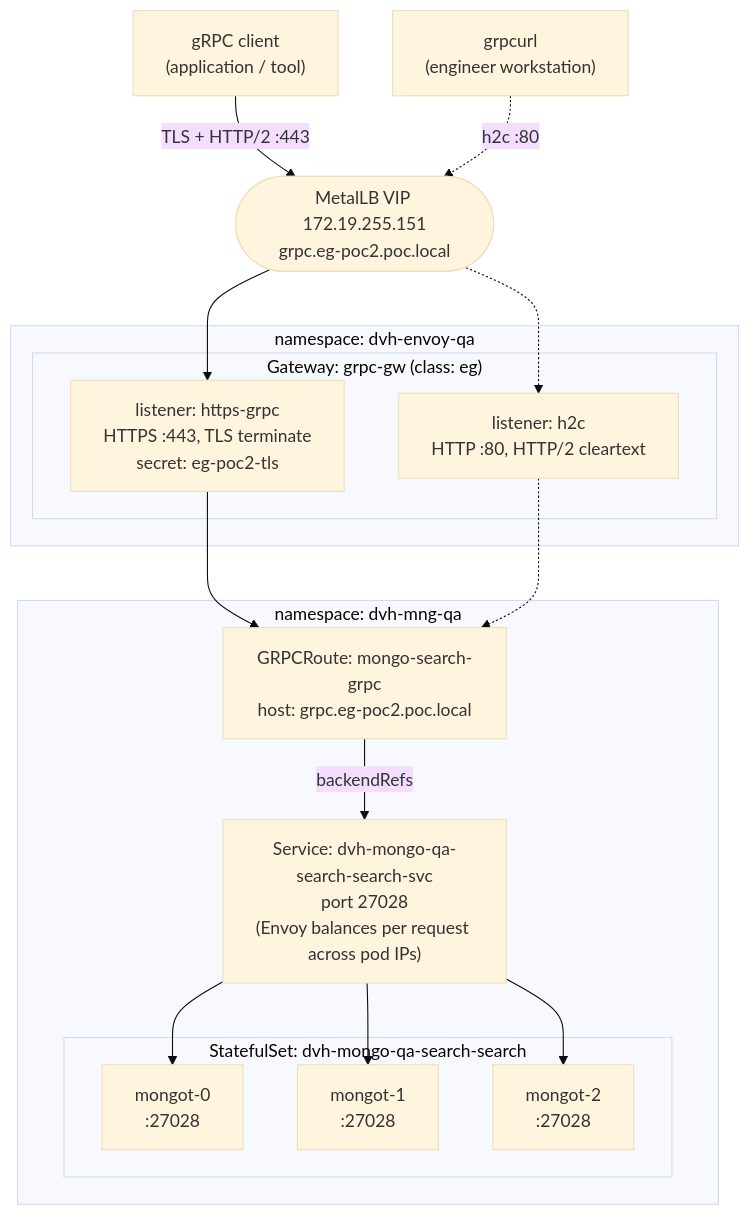
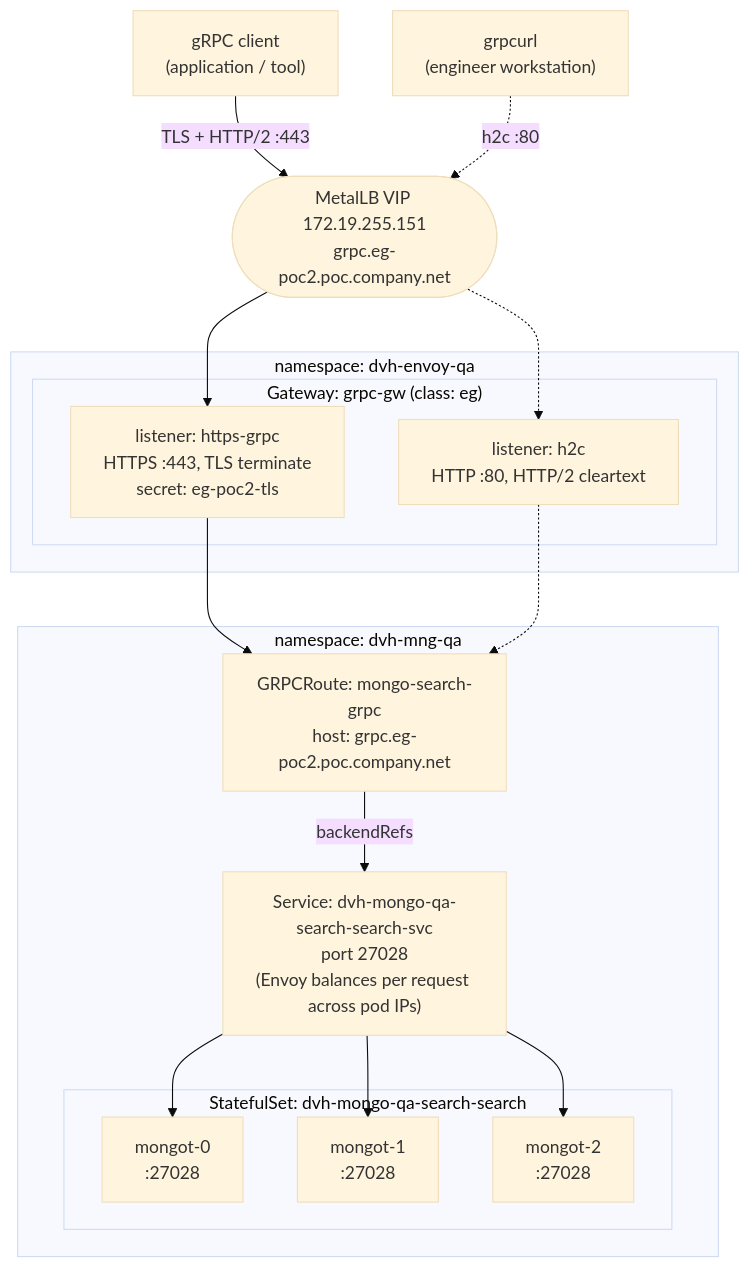
Before and after one commit to ephico2real2/envoy-reference-architecture: the first of 4 diagrams in README.md, drawn with Mermaid (base theme). The commit also changed other lines of this file and 3 other files, not shown here.

````diff
--- a/README.md
+++ b/README.md
@@ -42,32 +42,32 @@
 ```mermaid
 flowchart TB
     app["gRPC client<br/>(application / tool)"]
     tester["grpcurl<br/>(engineer workstation)"]
-    vip(["MetalLB VIP 172.19.255.151<br/>grpc.eg-poc2.poc.local"])
+    vip(["MetalLB VIP 172.19.255.151<br/>grpc.eg-poc2.poc.company.net"])
 
     subgraph gwns["namespace: dvh-envoy-qa"]
         subgraph gw["Gateway: grpc-gw (class: eg)"]
             https["listener: https-grpc<br/>HTTPS :443, TLS terminate<br/>secret: eg-poc2-tls"]
             h2c["listener: h2c<br/>HTTP :80, HTTP/2 cleartext"]
         end
     end
 
     subgraph qa["namespace: dvh-mng-qa"]
-        route["GRPCRoute: mongo-search-grpc<br/>host: grpc.eg-poc2.poc.local"]
+        route["GRPCRoute: mongo-search-grpc<br/>host: grpc.eg-poc2.poc.company.net"]
         svc["Service: dvh-mongo-qa-search-search-svc<br/>port 27028<br/>(Envoy balances per request across pod IPs)"]
         subgraph sts["StatefulSet: dvh-mongo-qa-search-search"]
             m0["mongot-0<br/>:27028"]
             m1["mongot-1<br/>:27028"]
             m2["mongot-2<br/>:27028"]
         end
     end
 
     app -->|"TLS + HTTP/2 :443"| vip
     tester -.->|"h2c :80"| vip
     vip --> https
     vip -.-> h2c
     https --> route
     h2c -.-> route
     route -->|"backendRefs"| svc
     svc --> m0 & m1 & m2
 ```
````
